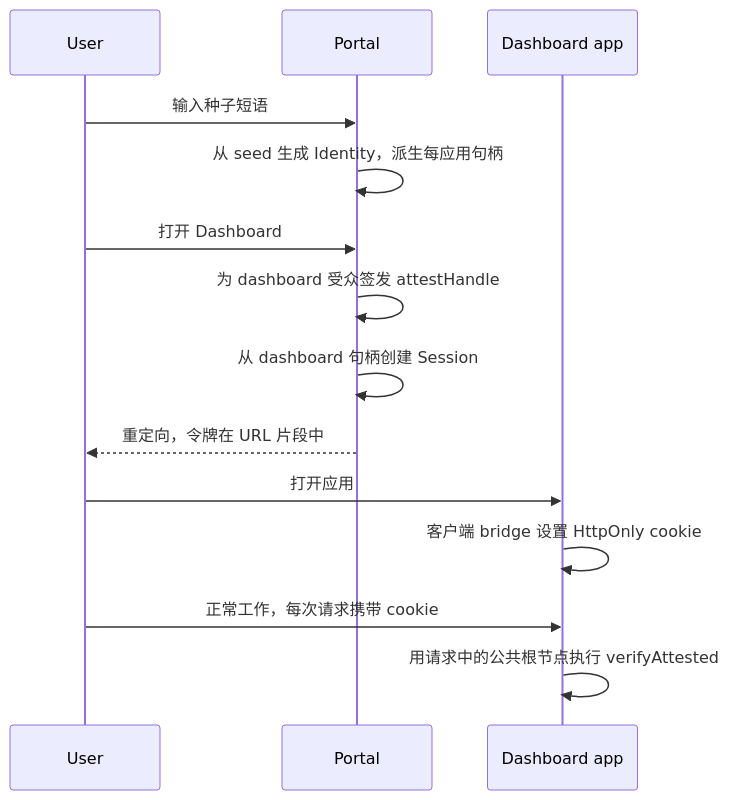
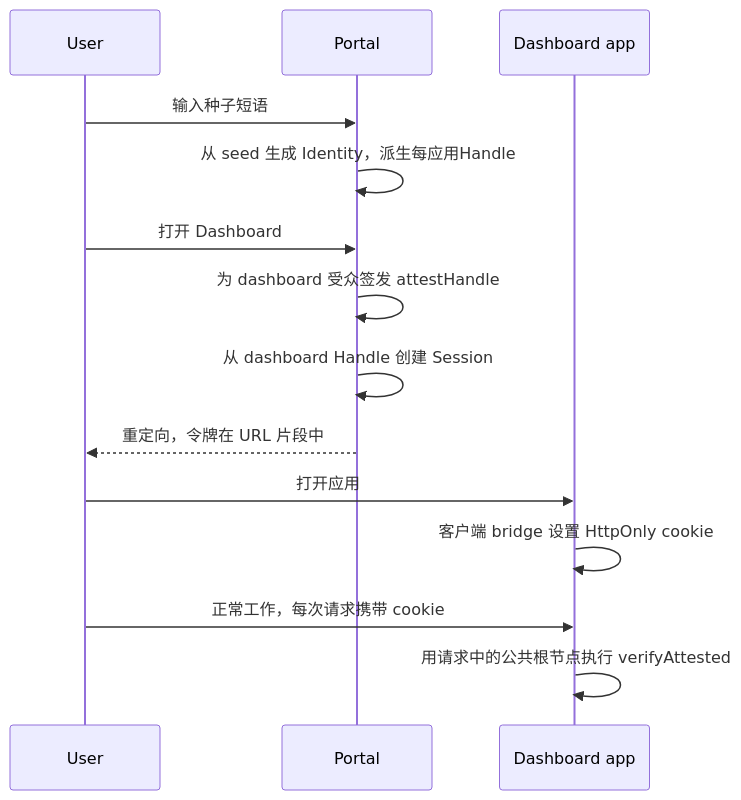
One commit to me2em-org/me2em-website changed the diagram in src/content/blog/zh/me2em-multi-app-sso.md. Above: the diagram before and after it, drawn with Mermaid. The commit also changed other lines of this file and 10 other files, not shown here.

````diff
--- a/src/content/blog/zh/me2em-multi-app-sso.md
+++ b/src/content/blog/zh/me2em-multi-app-sso.md
@@ -46,17 +46,17 @@
 ```mermaid
 sequenceDiagram
     participant U as User
     participant P as Portal
     participant D as Dashboard app
 
     U->>P: 输入种子短语
-    P->>P: 从 seed 生成 Identity，派生每应用句柄
+    P->>P: 从 seed 生成 Identity，派生每应用Handle
     U->>P: 打开 Dashboard
     P->>P: 为 dashboard 受众签发 attestHandle
-    P->>P: 从 dashboard 句柄创建 Session
+    P->>P: 从 dashboard Handle 创建 Session
     P-->>U: 重定向，令牌在 URL 片段中
     U->>D: 打开应用
     D->>D: 客户端 bridge 设置 HttpOnly cookie
     U->>D: 正常工作，每次请求携带 cookie
     D->>D: 用请求中的公共根节点执行 verifyAttested
 ```
````
